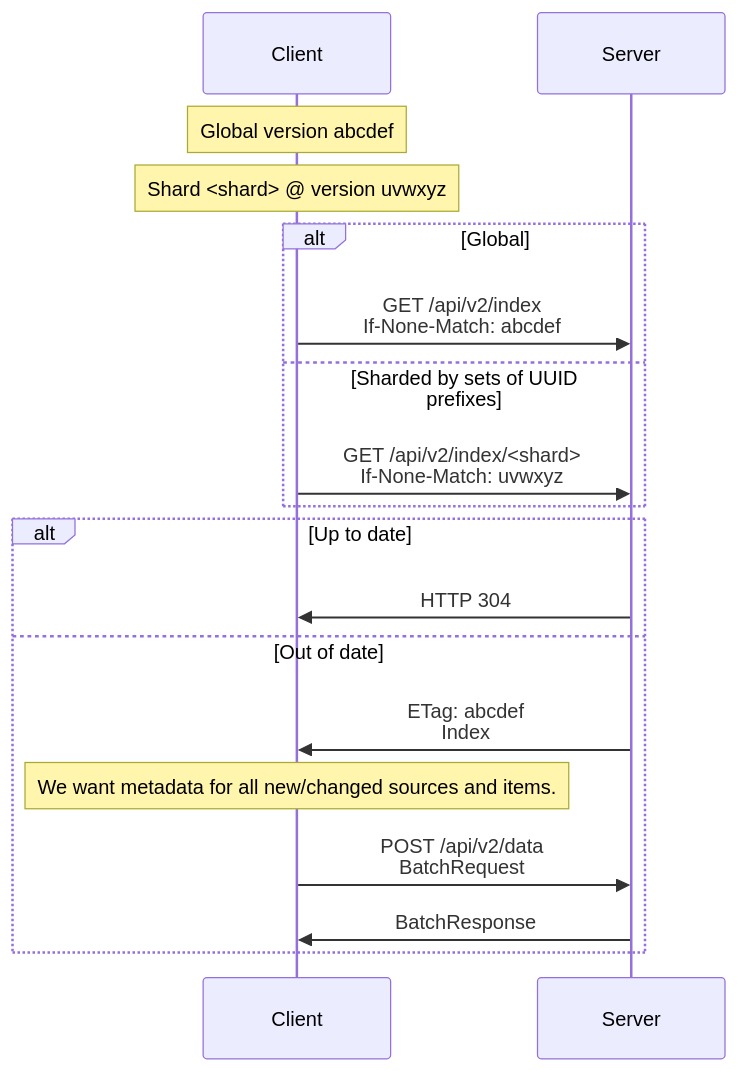
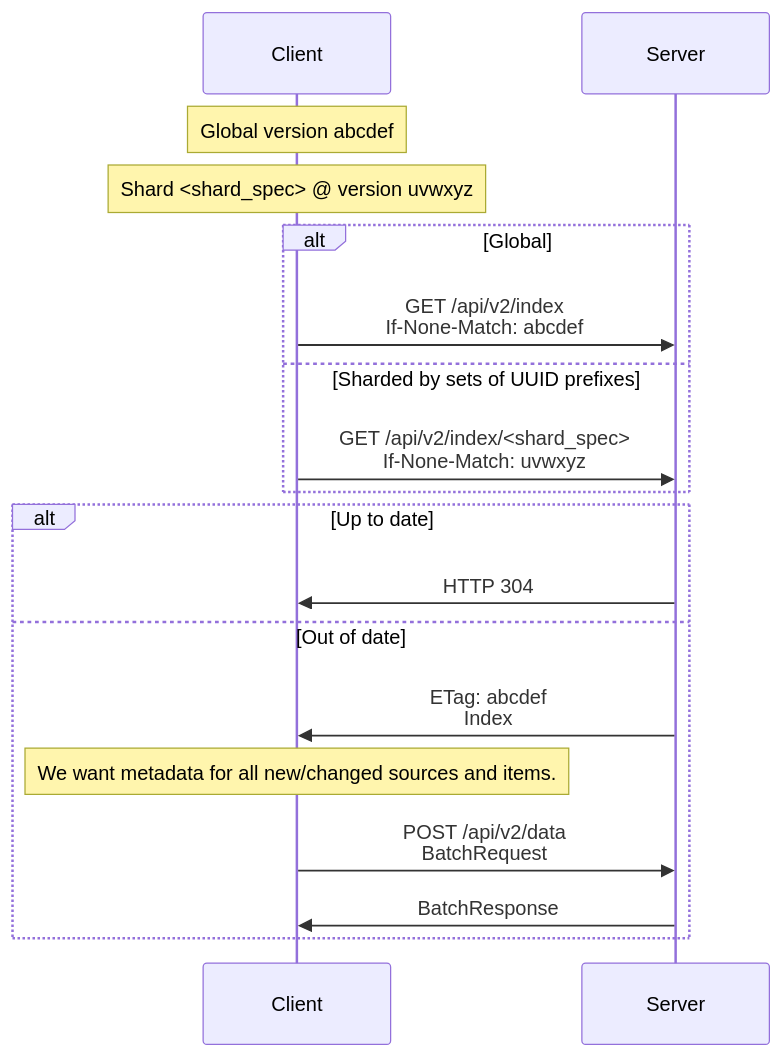
One commit to ppker/securedrop changed the second of 4 diagrams in API2.md. Above: the diagram before and after it, drawn with Mermaid. The commit also changed other lines of this file and 4 other files, not shown here.

Commit message:
refactor: clarify "shard", "shard spec", and "prefix"

````diff
--- a/API2.md
+++ b/API2.md
@@ -153,23 +154,23 @@
 ```mermaid
 sequenceDiagram
 participant Client
 participant Server
 
 Note over Client: Global version abcdef
-Note over Client: Shard <shard> @ version uvwxyz
+Note over Client: Shard <shard_spec> @ version uvwxyz
 
 alt Global
     Client ->> Server: GET /api/v2/index<br>If-None-Match: abcdef
 else Sharded by sets of UUID prefixes
-    Client ->> Server: GET /api/v2/index/<shard><br>If-None-Match: uvwxyz
+    Client ->> Server: GET /api/v2/index/<shard_spec><br>If-None-Match: uvwxyz
 end
 
 alt Up to date
     Server ->> Client: HTTP 304
 else Out of date
     Server ->> Client: ETag: abcdef<br>Index
     Note over Client: We want metadata for all new/changed sources and items.
     Client ->> Server: POST /api/v2/data<br>BatchRequest
     Server ->> Client: BatchResponse
 end
 ```
````
